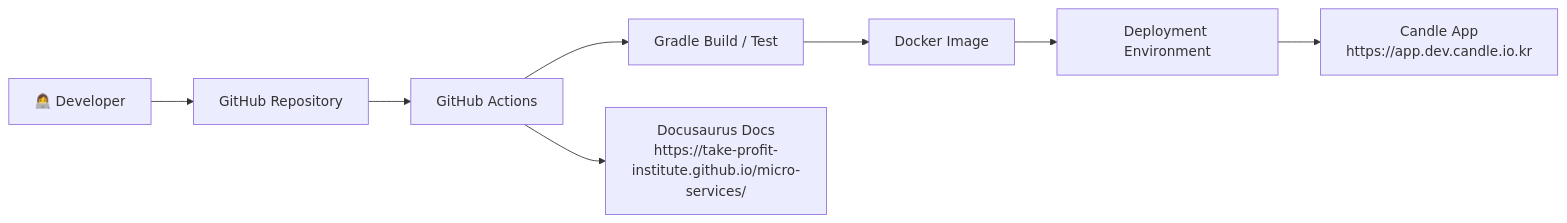
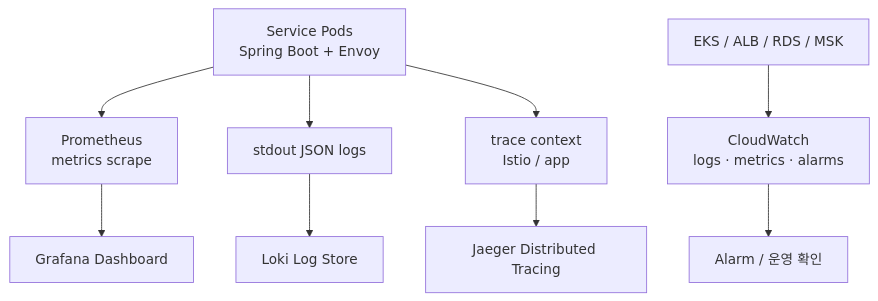
Diagram 31 of 32 in README.md (take-profit-institute/micro-services), drawn with Mermaid before and after one commit. The commit also changed other lines of this file, not shown here.

````diff
--- a/README.md
+++ b/README.md
@@ -1610,10 +1853,13 @@
 ```mermaid
-flowchart LR
-    Dev["👩‍💻 Developer"] --> Git["GitHub Repository"]
-    Git --> Actions["GitHub Actions"]
-    Actions --> Build["Gradle Build / Test"]
-    Build --> Image["Docker Image"]
-    Image --> Deploy["Deployment Environment"]
-    Deploy --> App["Candle App<br/>https://app.dev.candle.io.kr"]
-    Actions --> Docs["Docusaurus Docs<br/>https://take-profit-institute.github.io/micro-services/"]
+flowchart TB
+    Pod["Service Pods<br/>Spring Boot + Envoy"] --> Metrics["Prometheus<br/>metrics scrape"]
+    Pod --> Logs["stdout JSON logs"]
+    Pod --> Traces["trace context<br/>Istio / app"]
+
+    Metrics --> Grafana["Grafana Dashboard"]
+    Logs --> Loki["Loki Log Store"]
+    Traces --> Jaeger["Jaeger Distributed Tracing"]
+
+    EKS["EKS / ALB / RDS / MSK"] --> CloudWatch["CloudWatch<br/>logs · metrics · alarms"]
+    CloudWatch --> Alert["Alarm / 운영 확인"]
 ```
````
